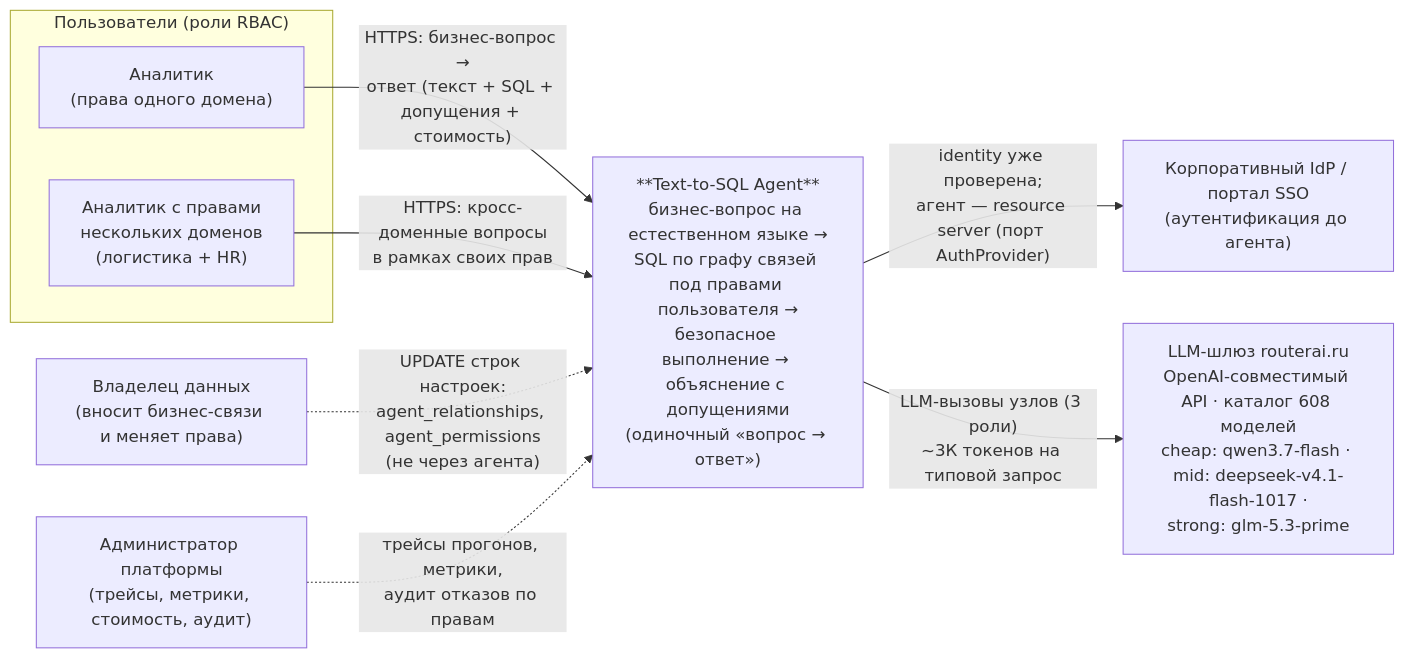
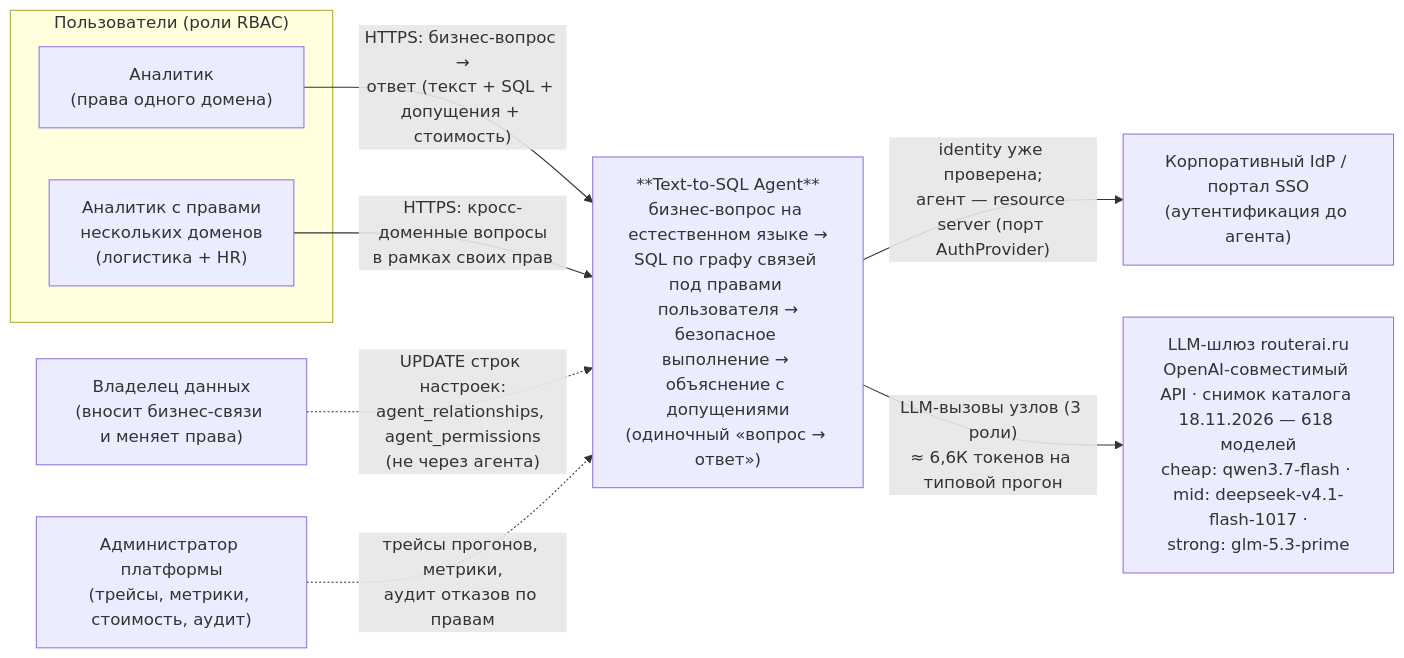
One commit to BinarySimple17/ai-agents changed the diagram in docs/diagrams/c4-l1-context.md. Above: the diagram before and after it, drawn with Mermaid. The commit also changed other lines of this file and 28 other files, not shown here.

````diff
--- a/docs/diagrams/c4-l1-context.md
+++ b/docs/diagrams/c4-l1-context.md
@@ -7,22 +7,22 @@
 ```mermaid
 graph LR
     subgraph USERS ["Пользователи (роли RBAC)"]
         AN1["Аналитик<br/>(права одного домена)"]
         AN2["Аналитик с правами<br/>нескольких доменов<br/>(логистика + HR)"]
     end
 
     SYS["**Text-to-SQL Agent**<br/>бизнес-вопрос на естественном языке →<br/>SQL по графу связей под правами пользователя →<br/>безопасное выполнение → объяснение с допущениями<br/>(одиночный «вопрос → ответ»)"]
 
     OWNER["Владелец данных<br/>(вносит бизнес-связи и меняет права)"]
     ADMIN["Администратор платформы<br/>(трейсы, метрики, стоимость, аудит)"]
 
     IDP["Корпоративный IdP / портал SSO<br/>(аутентификация до агента)"]
-    LLM["LLM-шлюз routerai.ru<br/>OpenAI-совместимый API · каталог 608 моделей<br/>cheap: qwen3.7-flash · mid: deepseek-v4.1-flash-1017 ·<br/>strong: glm-5.3-prime"]
+    LLM["LLM-шлюз routerai.ru<br/>OpenAI-совместимый API · снимок каталога 18.11.2026 — 618 моделей<br/>cheap: qwen3.7-flash · mid: deepseek-v4.1-flash-1017 ·<br/>strong: glm-5.3-prime"]
 
     AN1 -->|"HTTPS: бизнес-вопрос →<br/>ответ (текст + SQL + допущения + стоимость)"| SYS
     AN2 -->|"HTTPS: кросс-доменные вопросы<br/>в рамках своих прав"| SYS
     OWNER -.->|"UPDATE строк настроек:<br/>agent_relationships, agent_permissions<br/>(не через агента)"| SYS
     ADMIN -.->|"трейсы прогонов, метрики,<br/>аудит отказов по правам"| SYS
     SYS -->|"identity уже проверена;<br/>агент — resource server (порт AuthProvider)"| IDP
-    SYS -->|"LLM-вызовы узлов (3 роли)<br/>~3К токенов на типовой запрос"| LLM
+    SYS -->|"LLM-вызовы узлов (3 роли)<br/>≈ 6,6К токенов на типовой прогон"| LLM
 ```
````
